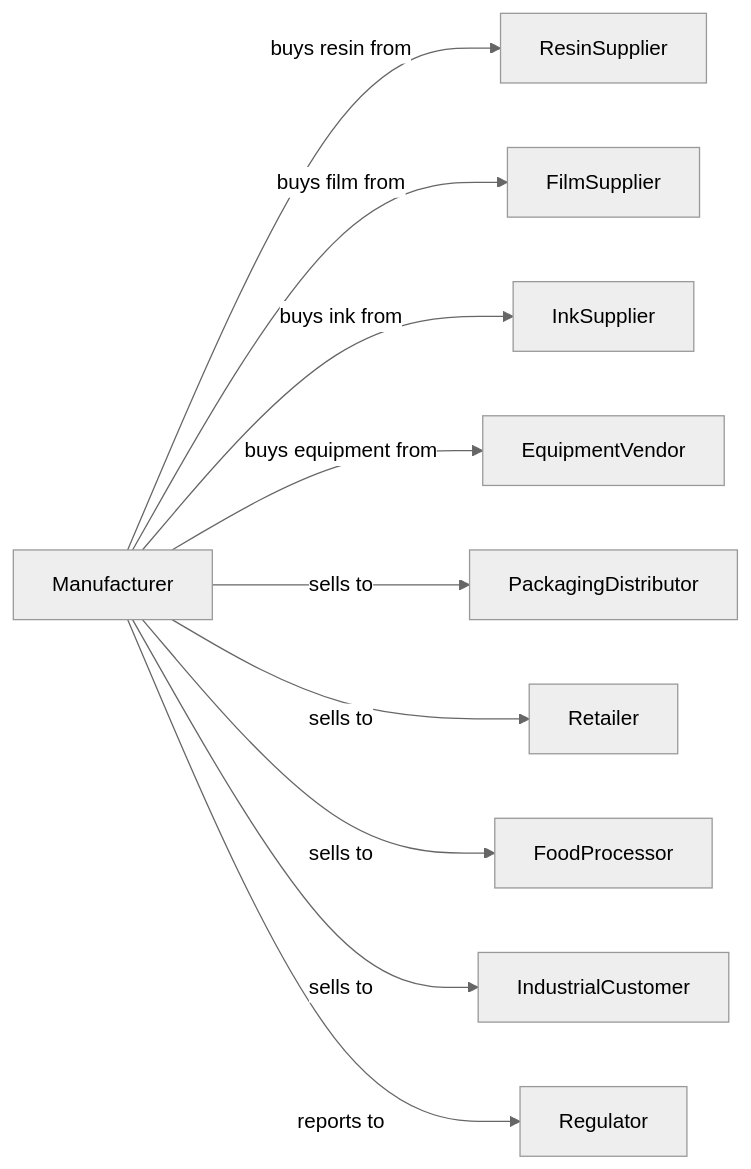
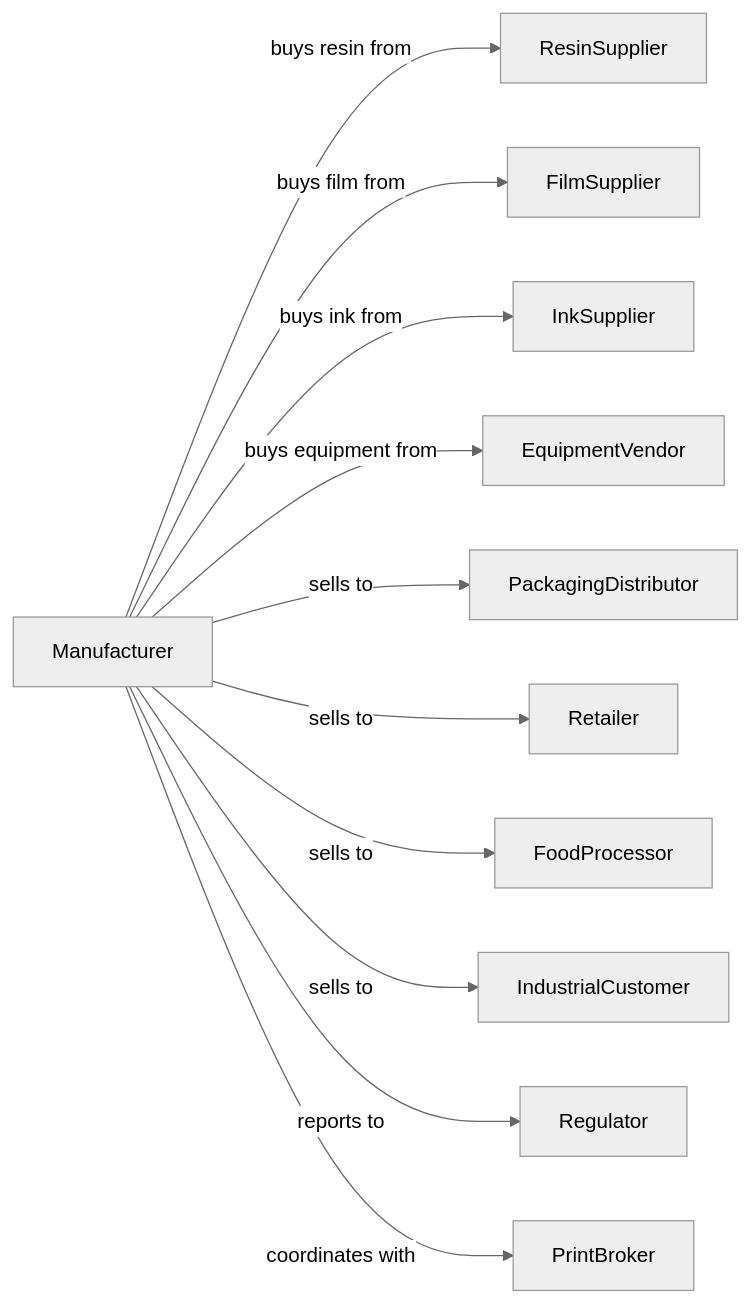
One commit to dot-org-ai/industries.org.ai changed the second of 2 diagrams in Manufacturing/PlasticsAndRubberProductsManufacturing/PlasticsProductManufacturing/PlasticsBagAndPouchManufacturing.mdx. Above: the diagram before and after it, drawn with Mermaid (neutral theme). The commit also changed other lines of this file and 588 other files, not shown here.

````diff
--- a/Manufacturing/PlasticsAndRubberProductsManufacturing/PlasticsProductManufacturing/PlasticsBagAndPouchManufacturing.mdx
+++ b/Manufacturing/PlasticsAndRubberProductsManufacturing/PlasticsProductManufacturing/PlasticsBagAndPouchManufacturing.mdx
@@ -137,14 +137,15 @@
 ```mermaid
 graph LR
     M[Manufacturer]
 
     M -->|buys resin from| ResinSupplier
     M -->|buys film from| FilmSupplier
     M -->|buys ink from| InkSupplier
     M -->|buys equipment from| EquipmentVendor
     M -->|sells to| PackagingDistributor
     M -->|sells to| Retailer
     M -->|sells to| FoodProcessor
     M -->|sells to| IndustrialCustomer
     M -->|reports to| Regulator
+    M -->|coordinates with| PrintBroker
 ```
````
